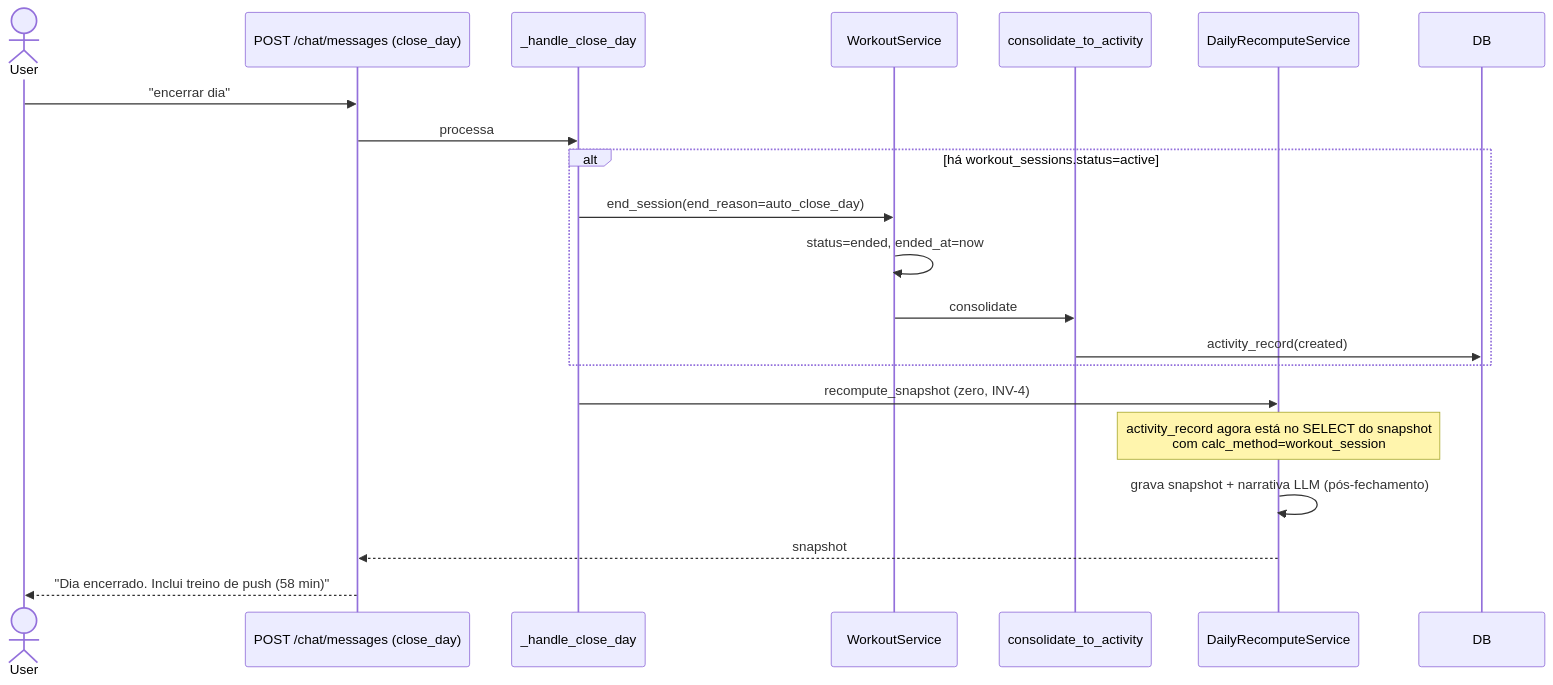
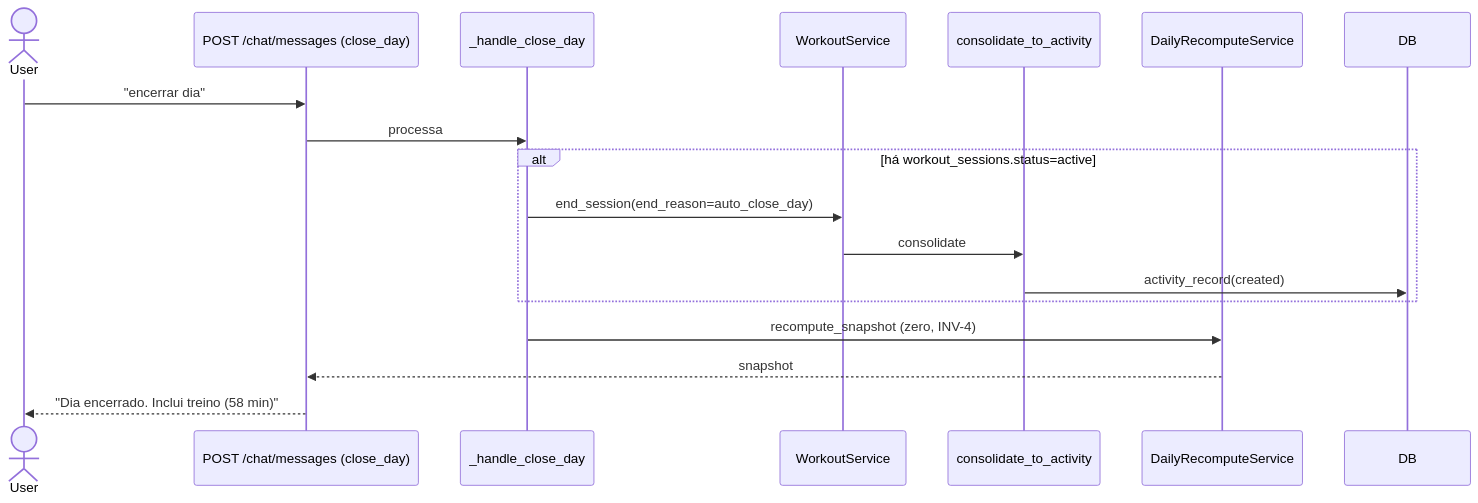
The fourth of 4 diagrams in specs/features/workout-session-tracking/architecture.md (felixstenian/my-registers), drawn with Mermaid before and after one commit. The commit also changed other lines of this file and 10 other files, not shown here.

````diff
--- a/specs/features/workout-session-tracking/architecture.md
+++ b/specs/features/workout-session-tracking/architecture.md
@@ -100,23 +136,20 @@
 ```mermaid
 sequenceDiagram
     actor User
     participant API as POST /chat/messages (close_day)
     participant Day as _handle_close_day
     participant WS as WorkoutService
     participant Conso as consolidate_to_activity
     participant Snp as DailyRecomputeService
 
     User->>API: "encerrar dia"
     API->>Day: processa
     alt há workout_sessions.status=active
         Day->>WS: end_session(end_reason=auto_close_day)
-        WS->>WS: status=ended, ended_at=now
         WS->>Conso: consolidate
         Conso->>DB: activity_record(created)
     end
     Day->>Snp: recompute_snapshot (zero, INV-4)
-    Note over Snp: activity_record agora está no SELECT do snapshot<br/>com calc_method=workout_session
-    Snp->>Snp: grava snapshot + narrativa LLM (pós-fechamento)
     Snp-->>API: snapshot
-    API-->>User: "Dia encerrado. Inclui treino de push (58 min)"
+    API-->>User: "Dia encerrado. Inclui treino (58 min)"
 ```
````
